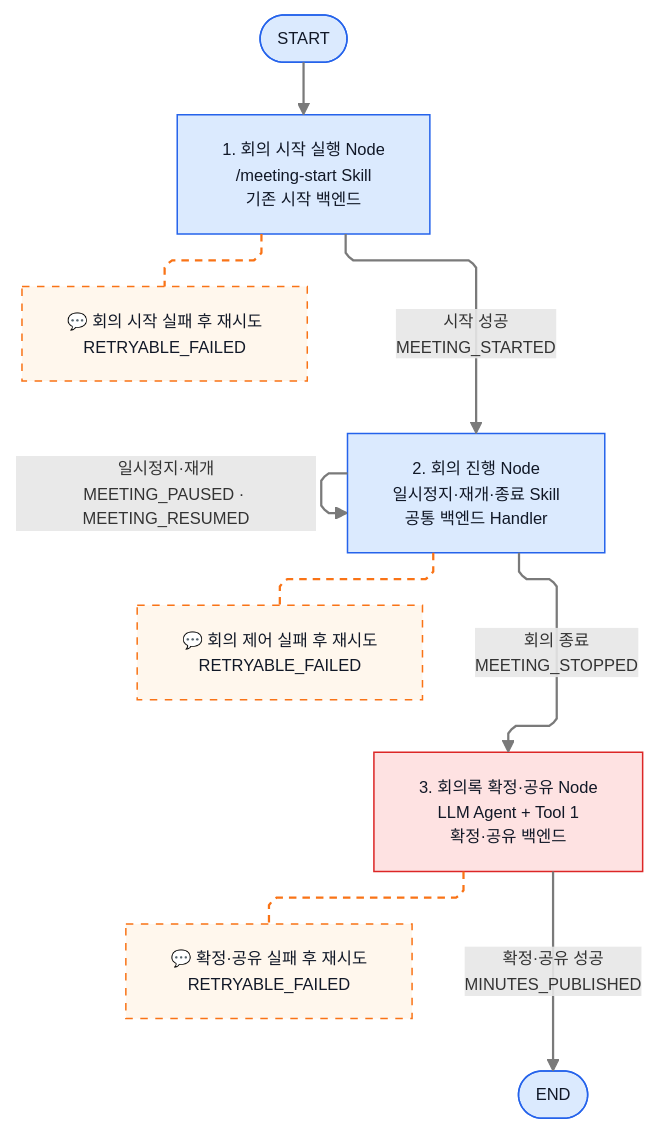
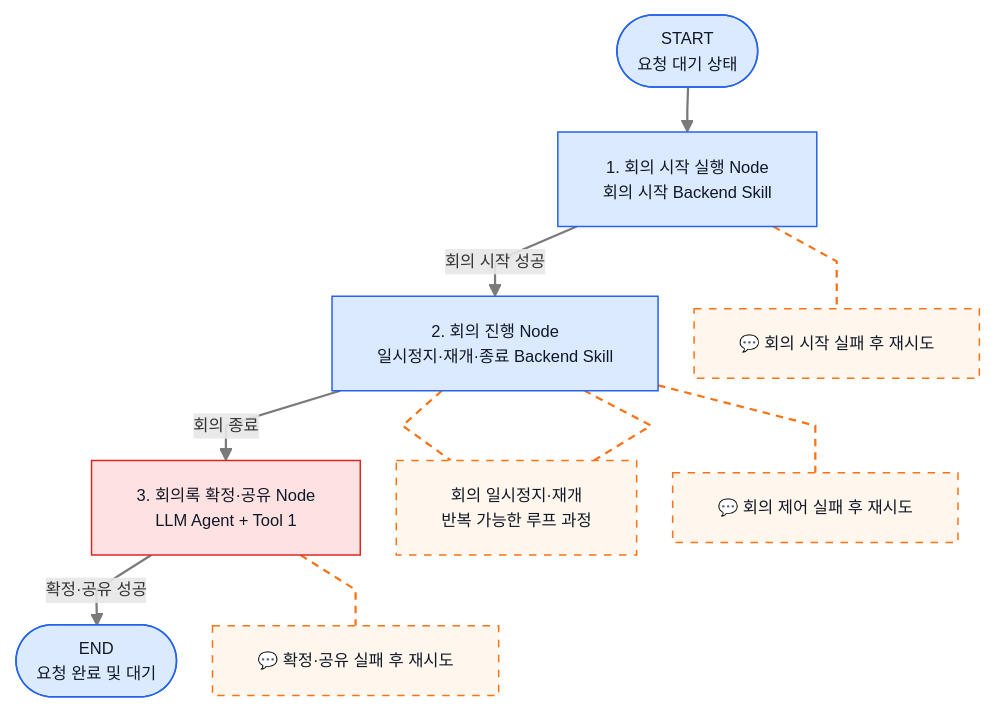
The second of 10 diagrams in ZENAI/에이전트 설계/회의록 에이전트 설계/1. 회의록 에이전트 워크플로우 graph 정의.md (ericyum/Obsidian), drawn with Mermaid before and after one commit. The commit also changed other lines of this file and 11 other files, not shown here.

````diff
--- a/ZENAI/에이전트 설계/회의록 에이전트 설계/1. 회의록 에이전트 워크플로우 graph 정의.md
+++ b/ZENAI/에이전트 설계/회의록 에이전트 설계/1. 회의록 에이전트 워크플로우 graph 정의.md
@@ -119,21 +126,22 @@
 ```mermaid
-%%{init: {"flowchart": {"defaultRenderer": "elk", "useMaxWidth": true, "nodeSpacing": 60, "rankSpacing": 70, "curve": "linear"}, "elk": {"mergeEdges": false, "nodePlacementStrategy": "LINEAR_SEGMENTS", "keepEntryNodeOnTop": true}, "themeVariables": {"fontSize": "11px"}}}%%
+%%{init: {"flowchart": {"useMaxWidth": true, "nodeSpacing": 24, "rankSpacing": 30, "curve": "linear"}, "themeVariables": {"fontSize": "11px"}}}%%
 flowchart TB
-    S(["START"]) --> A["1. 회의 시작 실행 Node<br/>/meeting-start Skill<br/>기존 시작 백엔드"]
-    A -->|"시작 성공<br/>MEETING_STARTED"| B["2. 회의 진행 Node<br/>일시정지·재개·종료 Skill<br/>공통 백엔드 Handler"]
-    B -->|"회의 종료<br/>MEETING_STOPPED"| C["3. 회의록 확정·공유 Node<br/>LLM Agent + Tool 1<br/>확정·공유 백엔드"]
-    C -->|"확정·공유 성공<br/>MINUTES_PUBLISHED"| E(["END"])
-    B -->|"일시정지·재개<br/>MEETING_PAUSED · MEETING_RESUMED"| B
-    A -.- RA["💬 회의 시작 실패 후 재시도<br/>RETRYABLE_FAILED"]
-    B -.- RB["💬 회의 제어 실패 후 재시도<br/>RETRYABLE_FAILED"]
-    C -.- RC["💬 확정·공유 실패 후 재시도<br/>RETRYABLE_FAILED"]
+    S(["START<br/>요청 대기 상태"]) --> A["1. 회의 시작 실행 Node<br/>회의 시작 Backend Skill"]
+    A -->|"회의 시작 성공"| B["2. 회의 진행 Node<br/>일시정지·재개·종료 Backend Skill"]
+    B -->|"회의 종료"| C["3. 회의록 확정·공유 Node<br/>LLM Agent + Tool 1"]
+    C -->|"확정·공유 성공"| E(["END<br/>요청 완료 및 대기"])
+    B -.- L["회의 일시정지·재개<br/>반복 가능한 루프 과정"]
+    L -.- B
+    A -.- RA["💬 회의 시작 실패 후 재시도"]
+    B -.- RB["💬 회의 제어 실패 후 재시도"]
+    C -.- RC["💬 확정·공유 실패 후 재시도"]
     classDef internal fill:#dbeafe,stroke:#2563eb,color:#111827;
     classDef llm fill:#fee2e2,stroke:#dc2626,color:#111827;
-    classDef note fill:#fff7ed,stroke:#f97316,color:#111827,stroke-dasharray: 5 5;
+    classDef note fill:#fff7ed,stroke:#f97316,color:#111827,stroke-dasharray:5 5;
     class A,B internal;
     class C llm;
     class S,E internal;
-    class RA,RB,RC note;
+    class L,RA,RB,RC note;
     linkStyle default stroke:#7a7a7a,stroke-width:1.5px;
-    linkStyle 5,6,7 stroke:#f97316,stroke-width:1.5px,stroke-dasharray: 5 4;
+    linkStyle 4,5,6,7,8 stroke:#f97316,stroke-width:1.5px,stroke-dasharray:5 4;
 ```
````
